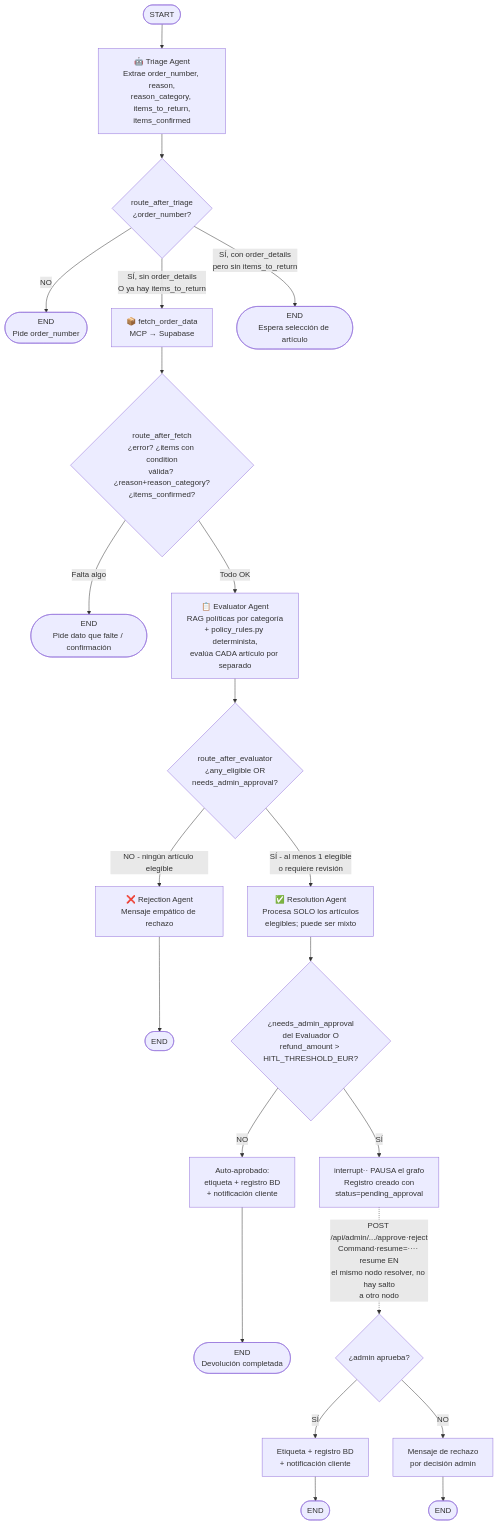
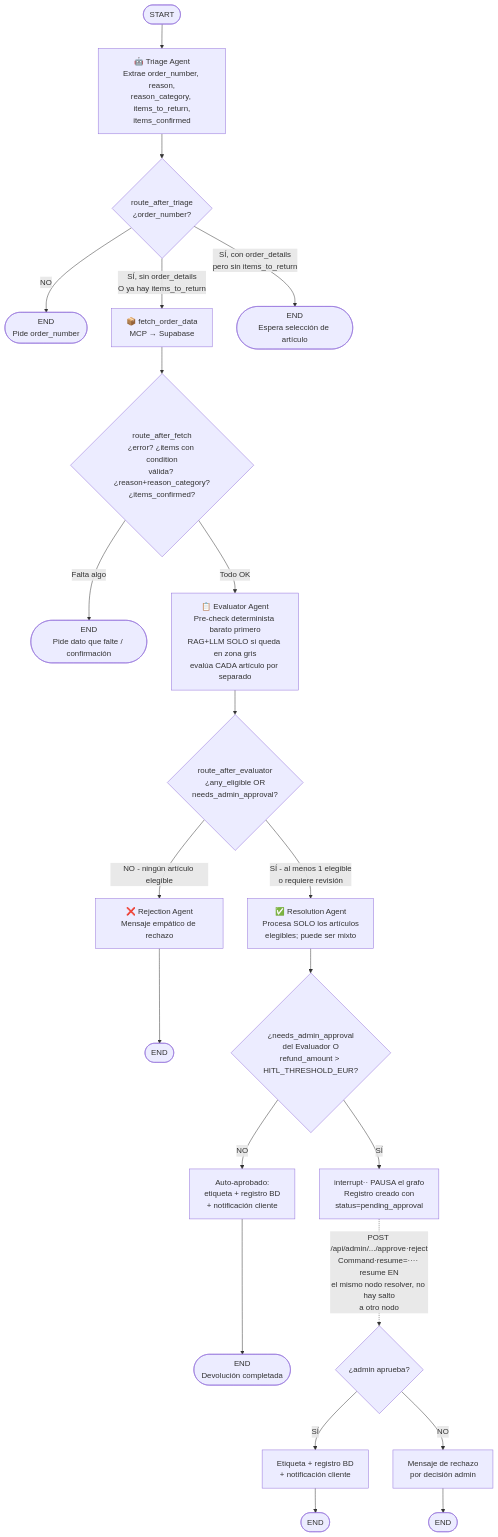
The first of 3 diagrams in docs/graph_diagram.md (ReFlowTFMGrupo11/CopilotPosventaAutonoGestInteligenteDevolucion), drawn with Mermaid before and after one commit. The commit also changed other lines of this file and 1 other file, not shown here.

Commit message:
docs: documentar llm_usage en ER_diagram + evaluator en dos fases en graph_diagram
Cambios de documentación pendientes de comitear de sesiones anteriores,
ambos ya reflejan código real ya mergeado, sin relación con el split de
servicios de este mismo PR:

- ER_diagram.md: añade la entidad llm_usage (migración 014, sin
  representar hasta ahora) + nota explicando por qué chat_sessions/
  chat_messages existen en el esquema pero ningún código de backend/ las
  lee/escribe en runtime (el estado real de la conversación vive en las
  tablas del checkpointer de LangGraph, creadas dinámicamente, no en
  ningún fichero de supabase/migrations/).
- graph_diagram.md: actualiza la descripción del nodo evaluator para
  reflejar el pre-check determinista en dos fases (PR #54) en vez de la
  descripción antigua de una sola fase RAG+reglas.

Nota: la sección "Controles operativos del turno" de graph_diagram.md
(ThreadLockRegistry/GRAPH_RECURSION_LIMIT en dependencies.py) se deja
fuera de este commit a propósito -- ese refactor vive en la PR #57
(todavía sin mergear), no en esta rama; su documentación correspondiente
debe ir en esa PR, no aquí.

````diff
--- a/docs/graph_diagram.md
+++ b/docs/graph_diagram.md
@@ -10,33 +10,33 @@
 ```mermaid
 graph TD
     START([START]) --> TRIAGE[🤖 Triage Agent<br/>Extrae order_number, reason,<br/>reason_category, items_to_return,<br/>items_confirmed]
 
     TRIAGE --> ROUTE_T{route_after_triage<br/>¿order_number?}
     ROUTE_T -->|NO| END_WAIT1([END<br/>Pide order_number])
     ROUTE_T -->|SÍ, sin order_details<br/>O ya hay items_to_return| FETCH[📦 fetch_order_data<br/>MCP → Supabase]
     ROUTE_T -->|SÍ, con order_details<br/>pero sin items_to_return| END_WAIT2([END<br/>Espera selección de artículo])
 
     FETCH --> ROUTE_F{route_after_fetch<br/>¿error? ¿items con condition<br/>válida? ¿reason+reason_category?<br/>¿items_confirmed?}
 
     ROUTE_F -->|Falta algo| END_WAIT3([END<br/>Pide dato que falte / confirmación])
-    ROUTE_F -->|Todo OK| EVAL[📋 Evaluator Agent<br/>RAG políticas por categoría<br/>+ policy_rules.py determinista,<br/>evalúa CADA artículo por separado]
+    ROUTE_F -->|Todo OK| EVAL[📋 Evaluator Agent<br/>Pre-check determinista barato primero<br/>RAG+LLM SOLO si queda en zona gris<br/>evalúa CADA artículo por separado]
 
     EVAL --> ROUTE_E{route_after_evaluator<br/>¿any_eligible OR<br/>needs_admin_approval?}
 
     ROUTE_E -->|NO - ningún artículo elegible| REJECT[❌ Rejection Agent<br/>Mensaje empático de rechazo]
     ROUTE_E -->|SÍ - al menos 1 elegible<br/>o requiere revisión| RESOLVER[✅ Resolution Agent<br/>Procesa SOLO los artículos<br/>elegibles; puede ser mixto]
 
     REJECT --> END_R([END])
 
     RESOLVER --> HITL_CHECK{¿needs_admin_approval<br/>del Evaluador O<br/>refund_amount > HITL_THRESHOLD_EUR?}
 
     HITL_CHECK -->|NO| AUTO[Auto-aprobado:<br/>etiqueta + registro BD<br/>+ notificación cliente]
     AUTO --> END_OK([END<br/>Devolución completada])
 
     HITL_CHECK -->|SÍ| INTERRUPT[interrupt·· PAUSA el grafo<br/>Registro creado con<br/>status=pending_approval]
     INTERRUPT -.->|"POST /api/admin/.../approve·reject<br/>Command·resume=···· resume EN<br/>el mismo nodo resolver, no hay salto<br/>a otro nodo"| RESUME{¿admin aprueba?}
     RESUME -->|SÍ| AUTO2[Etiqueta + registro BD<br/>+ notificación cliente]
     RESUME -->|NO| REJECT2[Mensaje de rechazo<br/>por decisión admin]
     AUTO2 --> END_HITL_OK([END])
     REJECT2 --> END_HITL_REJ([END])
 ```
````
